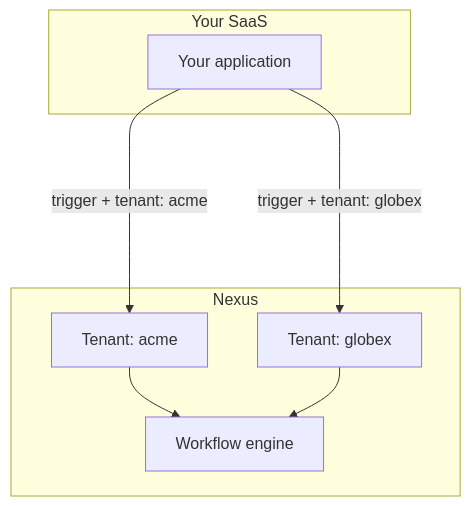
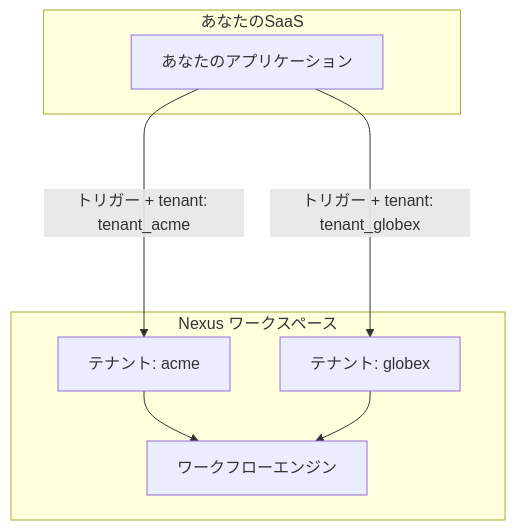
Before and after one commit to KriyanshKhunt/nexus_docs: the diagram in content/docs/ja/platform/guides/b2b-multi-tenant.mdx, drawn with Mermaid. The commit also changed other lines of this file and 23 other files, not shown here.

````diff
--- a/content/docs/ja/platform/guides/b2b-multi-tenant.mdx
+++ b/content/docs/ja/platform/guides/b2b-multi-tenant.mdx
@@ -10,15 +14,15 @@
 ```mermaid
 flowchart TB
-  subgraph Your SaaS
-    App[Your application]
+  subgraph Your SaaS [あなたのSaaS]
+    App[あなたのアプリケーション]
   end
-  subgraph Nexus
-    T1[Tenant: acme]
-    T2[Tenant: globex]
-    W[Workflow engine]
+  subgraph Nexus Workspace [Nexus ワークスペース]
+    T1[テナント: acme]
+    T2[テナント: globex]
+    W[ワークフローエンジン]
   end
-  App ---->|trigger + tenant: acme| T1
-  App ---->|trigger + tenant: globex| T2
+  App ---->|トリガー + tenant: tenant_acme| T1
+  App ---->|トリガー + tenant: tenant_globex| T2
   T1 --> W
   T2 --> W
 ```
````
